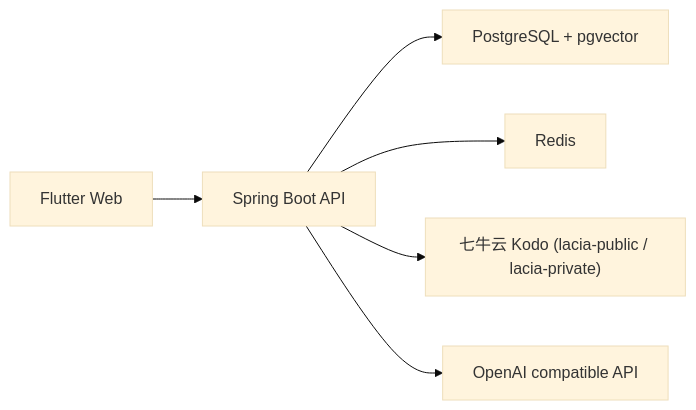
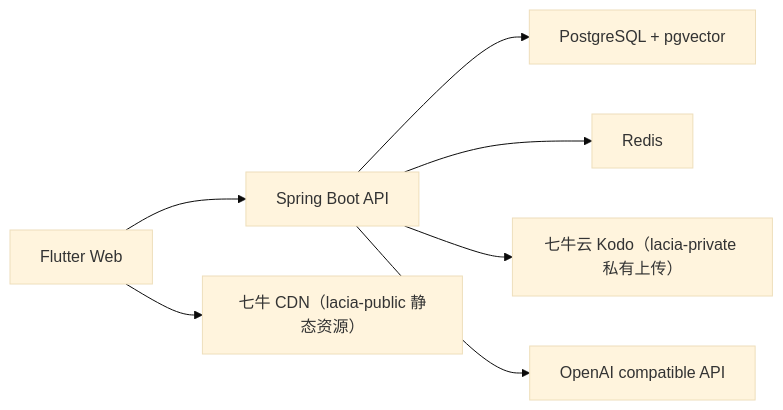
Before and after one commit to cqiang102/blog: the diagram in docs/architecture.md, drawn with Mermaid (base theme). The commit also changed other lines of this file and 9 other files, not shown here.

````diff
--- a/docs/architecture.md
+++ b/docs/architecture.md
@@ -5,8 +5,9 @@
 ```mermaid
 flowchart LR
     Web["Flutter Web"] --> API["Spring Boot API"]
+    Web --> CDN["七牛 CDN（lacia-public 静态资源）"]
     API --> PG["PostgreSQL + pgvector"]
     API --> Redis["Redis"]
-    API --> Kodo["七牛云 Kodo (lacia-public / lacia-private)"]
+    API --> Kodo["七牛云 Kodo（lacia-private 私有上传）"]
     API --> AI["OpenAI compatible API"]
 ```
````
